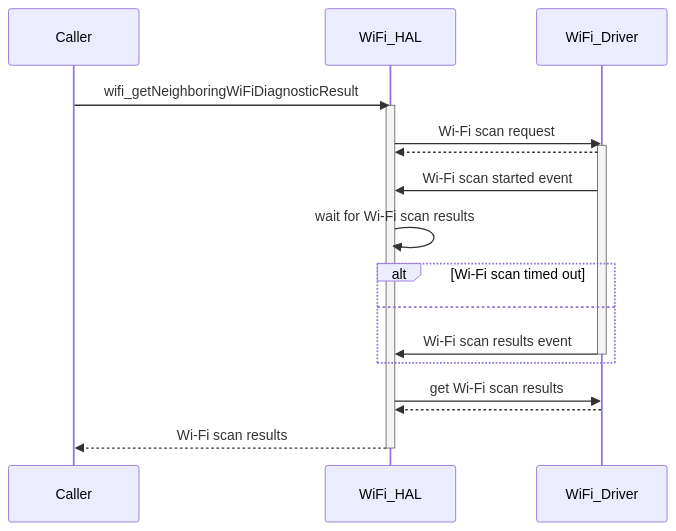
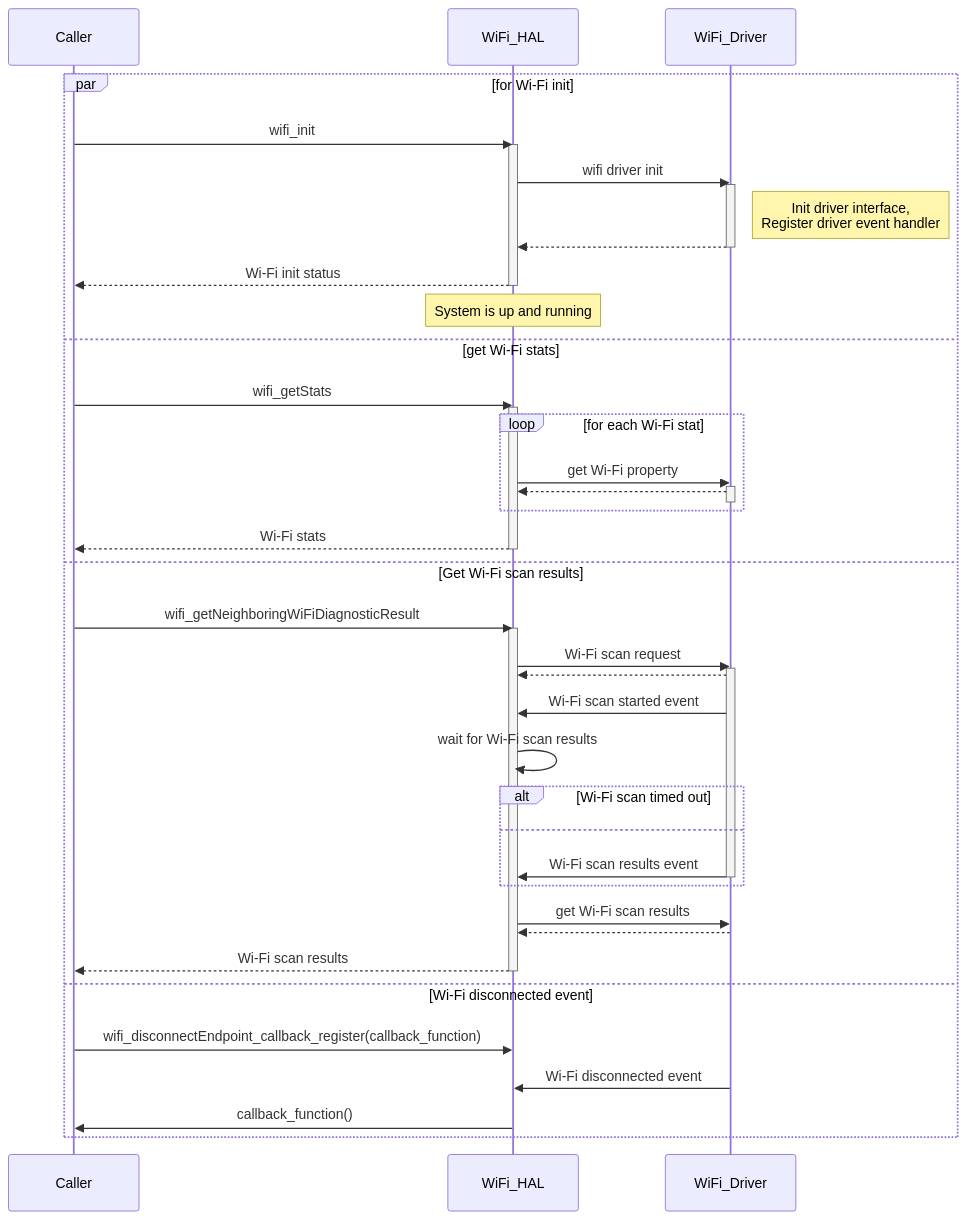
The second of 2 diagrams in docs/pages/halSpec.md (rdkcentral/rdkv-halif-wifi), drawn with Mermaid before and after one commit. The commit also changed other lines of this file and 2 other files, not shown here.

Commit message:
RDK-36874: Updated documentation in header files and sequence diagram

````diff
--- a/docs/pages/halSpec.md
+++ b/docs/pages/halSpec.md
@@ -262,23 +220,51 @@
 ```mermaid
 sequenceDiagram
     participant Caller
     participant WiFi_HAL
     participant WiFi_Driver
 
+    par for Wi-Fi init
+    Caller->>WiFi_HAL: wifi_init
+    activate WiFi_HAL
+    WiFi_HAL->>WiFi_Driver: wifi driver init
+    activate WiFi_Driver
+    Note right of WiFi_Driver: Init driver interface,<br/>Register driver event handler
+    WiFi_Driver-->>WiFi_HAL: 
+    deactivate WiFi_Driver
+    WiFi_HAL-->>Caller: Wi-Fi init status
+    deactivate WiFi_HAL
+    Note over WiFi_HAL: System is up and running
+    and get Wi-Fi stats
+    Caller->>WiFi_HAL: wifi_getStats
+    activate WiFi_HAL
+    loop for each Wi-Fi stat
+    WiFi_HAL->>WiFi_Driver: get Wi-Fi property
+    activate WiFi_Driver
+    WiFi_Driver-->>WiFi_HAL: 
+    deactivate WiFi_Driver
+    end
+    WiFi_HAL-->>Caller: Wi-Fi stats
+    deactivate WiFi_HAL
+    and Get Wi-Fi scan results
     Caller->>WiFi_HAL: wifi_getNeighboringWiFiDiagnosticResult
     activate WiFi_HAL
     WiFi_HAL->>WiFi_Driver: Wi-Fi scan request
     activate WiFi_Driver
     WiFi_Driver-->>WiFi_HAL: 
     WiFi_Driver->>WiFi_HAL: Wi-Fi scan started event
     WiFi_HAL->>WiFi_HAL: wait for Wi-Fi scan results
     alt Wi-Fi scan timed out
     else
     WiFi_Driver->>WiFi_HAL: Wi-Fi scan results event
     deactivate WiFi_Driver
     end
     WiFi_HAL->>WiFi_Driver: get Wi-Fi scan results
     WiFi_Driver-->>WiFi_HAL: 
     WiFi_HAL-->>Caller: Wi-Fi scan results
     deactivate WiFi_HAL
+    and Wi-Fi disconnected event
+    Caller->>WiFi_HAL: wifi_disconnectEndpoint_callback_register(callback_function)
+    WiFi_Driver->>WiFi_HAL: Wi-Fi disconnected event
+    WiFi_HAL->>Caller: callback_function()
+    end
 ```
````
